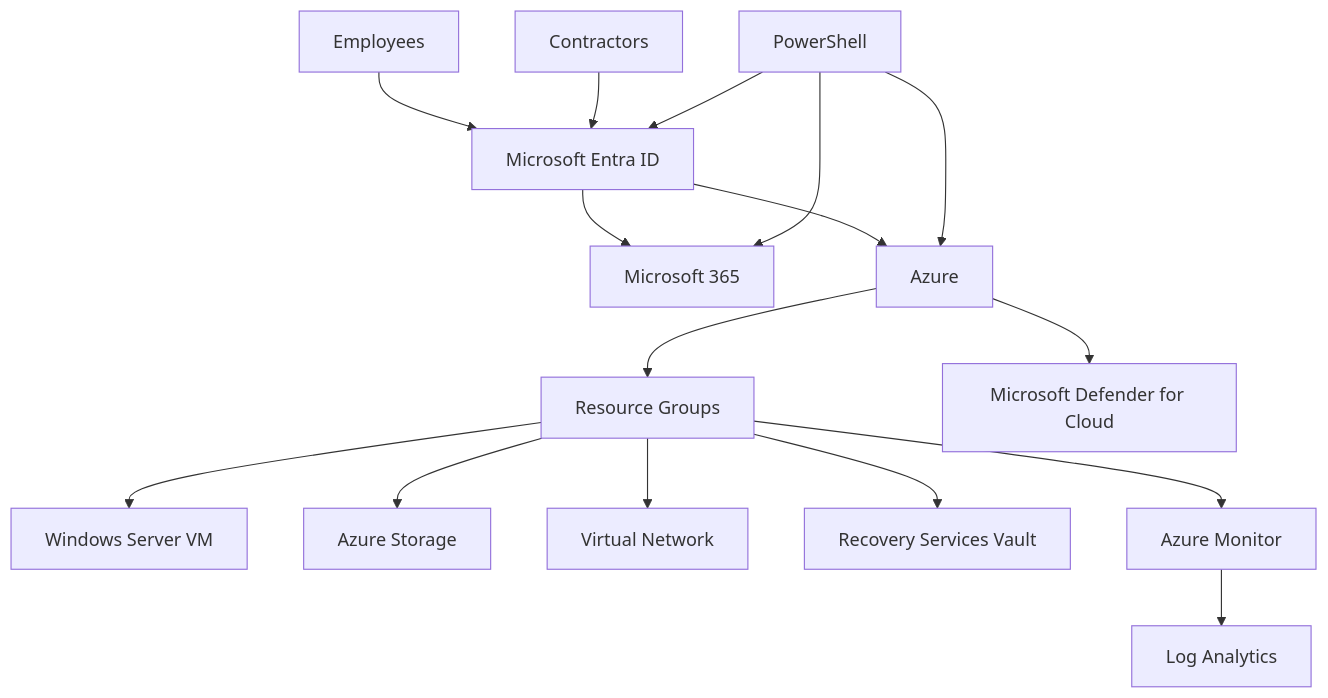
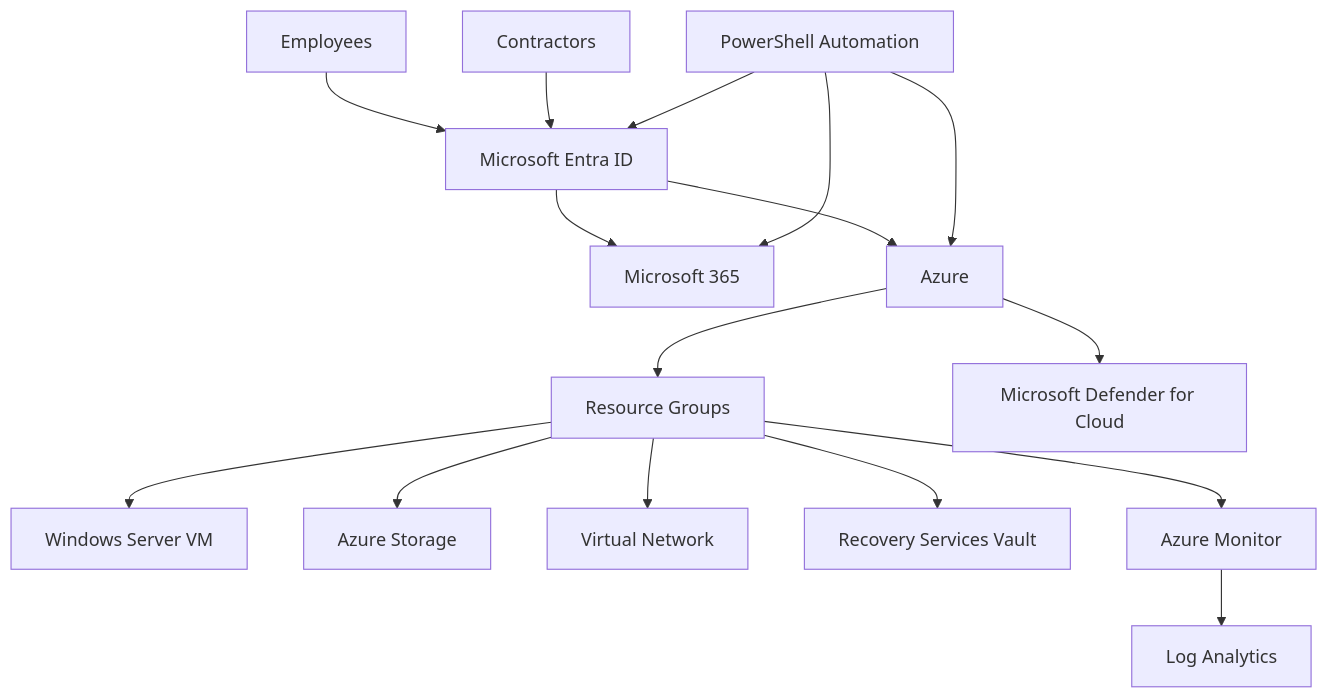
The diagram in 00-Project-Overview/architecture.mmd (ITspcilst/Enterprise-IT-Support-Cloud-Operations-Lab), drawn with Mermaid before and after one commit.

````diff
--- a/00-Project-Overview/architecture.mmd
+++ b/00-Project-Overview/architecture.mmd
@@ -1,37 +1,30 @@
-```mermaid
 flowchart TB
 
-    Employee[Employees]
-    Contractor[Contractors]
+Employee[Employees]
+Contractor[Contractors]
 
-    Employee --> Entra
-    Contractor --> Entra
+Employee --> Entra
+Contractor --> Entra
 
-    Entra[Microsoft Entra ID]
+Entra[Microsoft Entra ID]
 
-    Entra --> M365[Microsoft 365]
+Entra --> M365[Microsoft 365]
+Entra --> Azure
 
-    Entra --> Azure
+Azure --> RG[Resource Groups]
 
-    Azure --> RG[Resource Groups]
+RG --> VM[Windows Server VM]
+RG --> Storage[Azure Storage]
+RG --> Network[Virtual Network]
+RG --> Backup[Recovery Services Vault]
+RG --> Monitor[Azure Monitor]
 
-    RG --> VM[Windows Server VM]
+Monitor --> Logs[Log Analytics]
 
-    RG --> Storage[Azure Storage]
+Azure --> Defender[Microsoft Defender for Cloud]
 
-    RG --> Network[Virtual Network]
+PowerShell[PowerShell Automation]
 
-    RG --> Backup[Recovery Services Vault]
-
-    RG --> Monitor[Azure Monitor]
-
-    Monitor --> Logs[Log Analytics]
-
-    Azure --> Defender[Microsoft Defender for Cloud]
-
-    PowerShell --> Azure
-
-    PowerShell --> Entra
-
-    PowerShell --> M365
-```
+PowerShell --> Azure
+PowerShell --> Entra
+PowerShell --> M365
````
